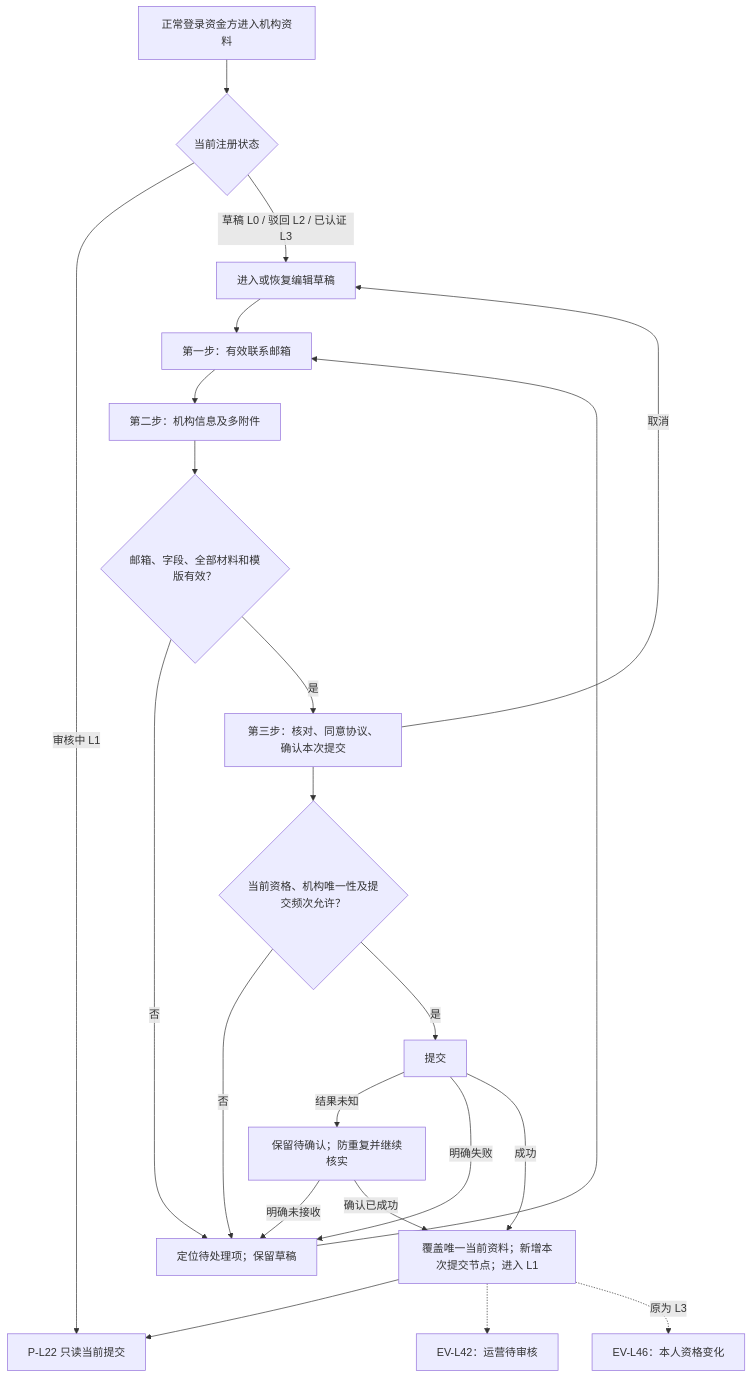
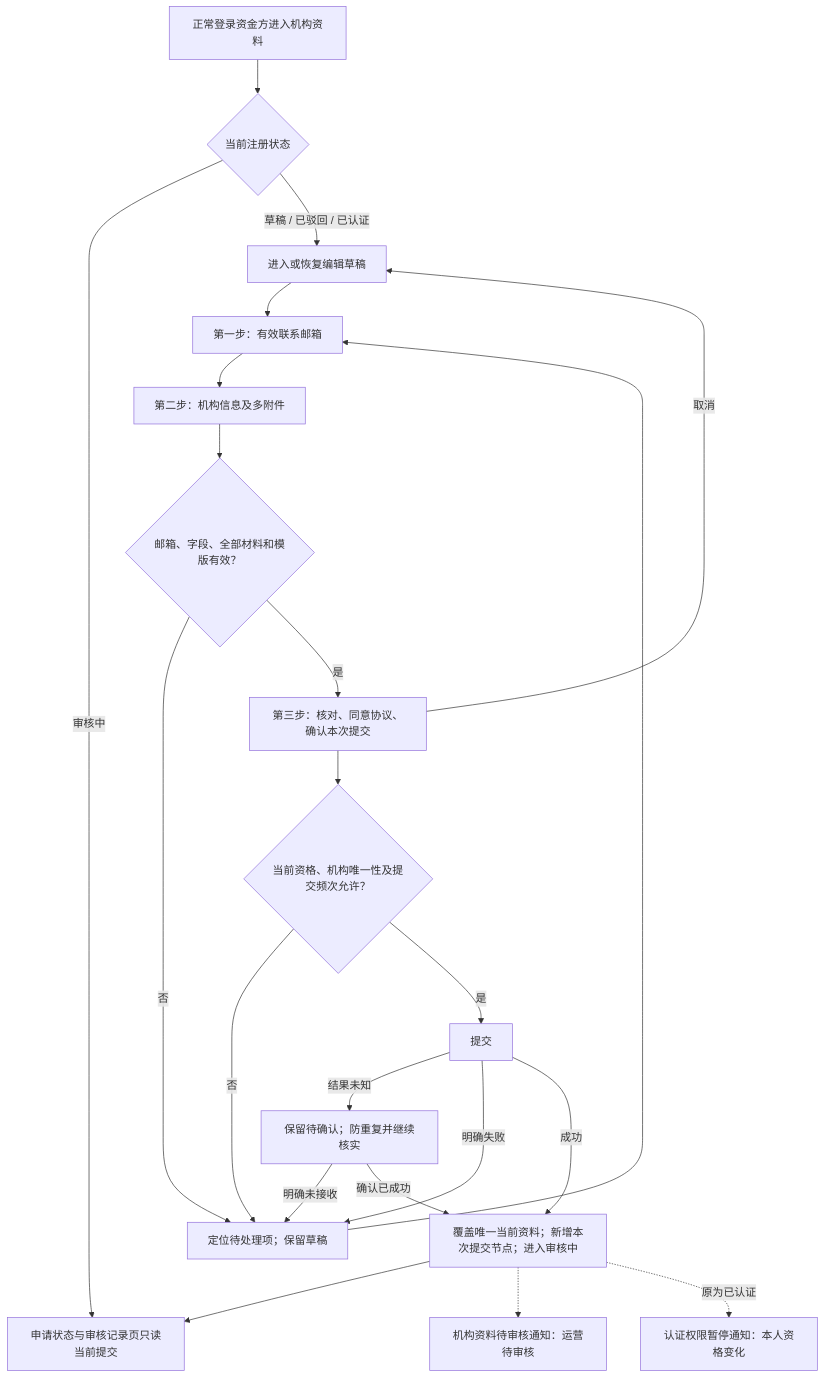
One commit to wxblockchain/Chain-Financing changed the second of 9 diagrams in lending-platform/PRD/v2.0-登录与账户体系/02-资金方登录与账户体系-流程图与状态机.md. Above: the diagram before and after it, drawn with Mermaid. The commit also changed other lines of this file and 2 other files, not shown here.

````diff
--- a/lending-platform/PRD/v2.0-登录与账户体系/02-资金方登录与账户体系-流程图与状态机.md
+++ b/lending-platform/PRD/v2.0-登录与账户体系/02-资金方登录与账户体系-流程图与状态机.md
@@ -45,24 +45,24 @@
 ```mermaid
 flowchart TD
     A[正常登录资金方进入机构资料] --> B{当前注册状态}
-    B -->|审核中 L1| C[P-L22 只读当前提交]
-    B -->|草稿 L0 / 驳回 L2 / 已认证 L3| D[进入或恢复编辑草稿]
+    B -->|审核中| C[申请状态与审核记录页只读当前提交]
+    B -->|草稿 / 已驳回 / 已认证| D[进入或恢复编辑草稿]
     D --> E[第一步：有效联系邮箱]
     E --> F[第二步：机构信息及多附件]
     F --> G{邮箱、字段、全部材料和模版有效？}
     G -->|否| H[定位待处理项；保留草稿]
     H --> E
     G -->|是| I[第三步：核对、同意协议、确认本次提交]
     I -->|取消| D
     I --> J{当前资格、机构唯一性及提交频次允许？}
     J -->|否| H
     J -->|是| K[提交]
     K -->|结果未知| U[保留待确认；防重复并继续核实]
     U -->|明确未接收| H
     U -->|确认已成功| L
     K -->|明确失败| H
-    K -->|成功| L[覆盖唯一当前资料；新增本次提交节点；进入 L1]
+    K -->|成功| L[覆盖唯一当前资料；新增本次提交节点；进入审核中]
     L --> C
-    L -.-> O[EV-L42：运营待审核]
-    L -.原为 L3.-> P[EV-L46：本人资格变化]
+    L -.-> O[机构资料待审核通知：运营待审核]
+    L -.原为已认证.-> P[认证权限暂停通知：本人资格变化]
 ```
````
